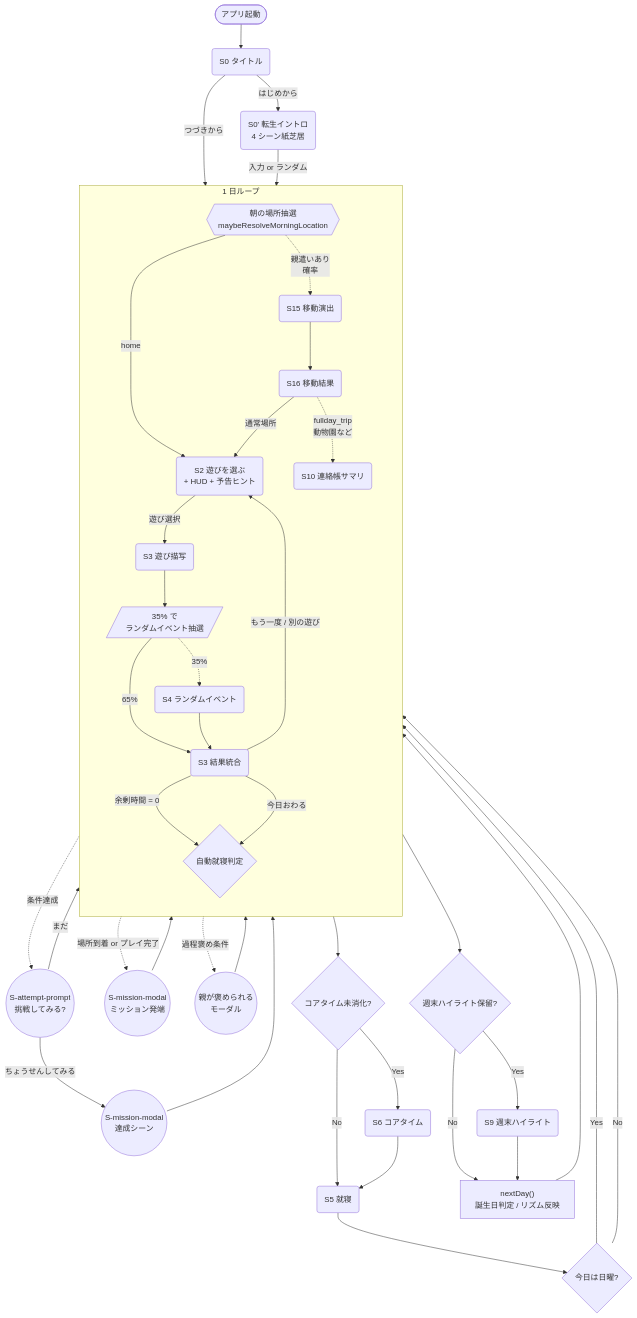
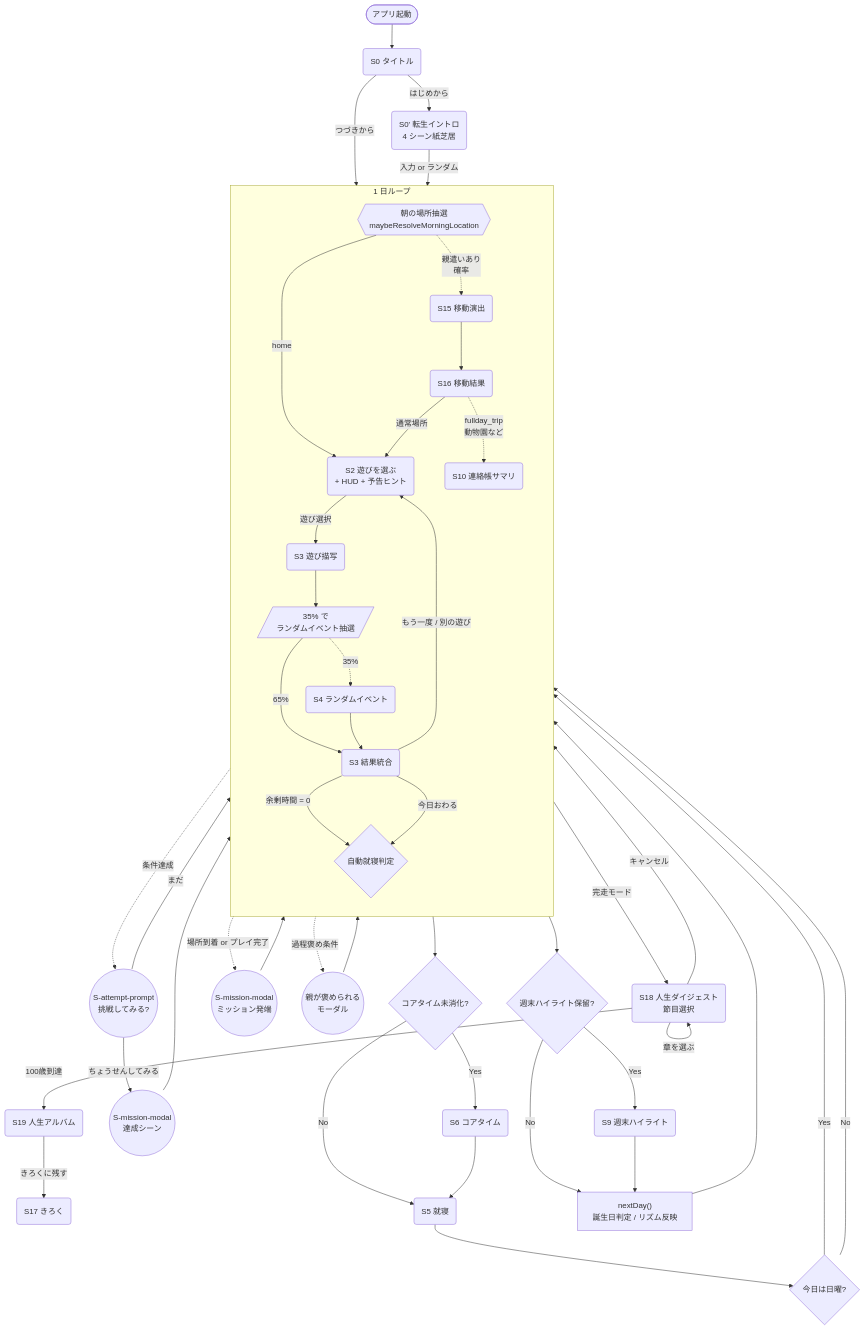
The first of 7 diagrams in docs/screens/GAME-FLOW.md (bearko/mtp), drawn with Mermaid before and after one commit. The commit also changed 8 other files, not shown here.

Commit message:
feat(prototype): add whole-life digest mode

````diff
--- a/docs/screens/GAME-FLOW.md
+++ b/docs/screens/GAME-FLOW.md
@@ -19,55 +19,60 @@
 ```mermaid
 flowchart TD
     Start([アプリ起動]) --> Title(S0 タイトル)
     Title -->|はじめから| Isekai(S0' 転生イントロ<br/>4 シーン紙芝居)
     Title -->|つづきから| ChooseLoop
 
     Isekai -->|入力 or ランダム| ChooseLoop
+    ChooseLoop -->|完走モード| LifeDigest(S18 人生ダイジェスト<br/>節目選択)
+    LifeDigest -->|章を選ぶ| LifeDigest
+    LifeDigest -->|100歳到達| LifeEnding(S19 人生アルバム)
+    LifeEnding -->|きろくに残す| Record(S17 きろく)
+    LifeDigest -->|キャンセル| ChooseLoop
 
     %% --- メインの 1 日ループ ---
     subgraph DayLoop[1 日ループ]
         direction TB
         Morning{{朝の場所抽選<br/>maybeResolveMorningLocation}}
         Morning -->|home| ChooseLoop(S2 遊びを選ぶ<br/>+ HUD + 予告ヒント)
         Morning -.->|親遣いあり<br/>確率| TravelGo(S15 移動演出)
         TravelGo --> TravelResult(S16 移動結果)
         TravelResult -->|通常場所| ChooseLoop
         TravelResult -.->|fullday_trip<br/>動物園など| DaySummary
 
         ChooseLoop -->|遊び選択| Playing(S3 遊び描写)
         Playing --> EventRoll[/35% で<br/>ランダムイベント抽選/]
         EventRoll -->|65%| Result(S3 結果統合)
         EventRoll -.->|35%| RandomEvent(S4 ランダムイベント)
         RandomEvent --> Result
 
         Result -->|もう一度 / 別の遊び| ChooseLoop
         Result -->|余剰時間 = 0| AutoSleep{自動就寝判定}
         Result -->|今日おわる| AutoSleep
     end
 
     %% --- ミッション系（横断的に発火） ---
     Result -.->|条件達成| MissionAcc((S-attempt-prompt<br/>挑戦してみる?))
     Playing -.->|場所到着 or プレイ完了| MissionInc((S-mission-modal<br/>ミッション発端))
     Result -.->|過程褒め条件| Compliment((親が褒められる<br/>モーダル))
 
     MissionAcc -->|ちょうせんしてみる| MissionDone((S-mission-modal<br/>達成シーン))
     MissionAcc -->|まだ| ChooseLoop
     MissionDone --> ChooseLoop
     MissionInc --> ChooseLoop
     Compliment --> ChooseLoop
 
     AutoSleep --> CoreCheck{コアタイム未消化?}
     CoreCheck -->|Yes| CoreTime(S6 コアタイム)
     CoreCheck -->|No| Sleep(S5 就寝)
     CoreTime --> Sleep
 
     Sleep --> WeekCheck{今日は日曜?}
     WeekCheck -->|Yes| DaySummary(S10 連絡帳サマリ)
     WeekCheck -->|No| DaySummary
     DaySummary --> WeeklyCheck{週末ハイライト保留?}
     WeeklyCheck -->|Yes| Weekly(S9 週末ハイライト)
     WeeklyCheck -->|No| NextDay
     Weekly --> NextDay
 
     NextDay["nextDay()<br/>誕生日判定 / リズム反映"] --> Morning
 ```
````
